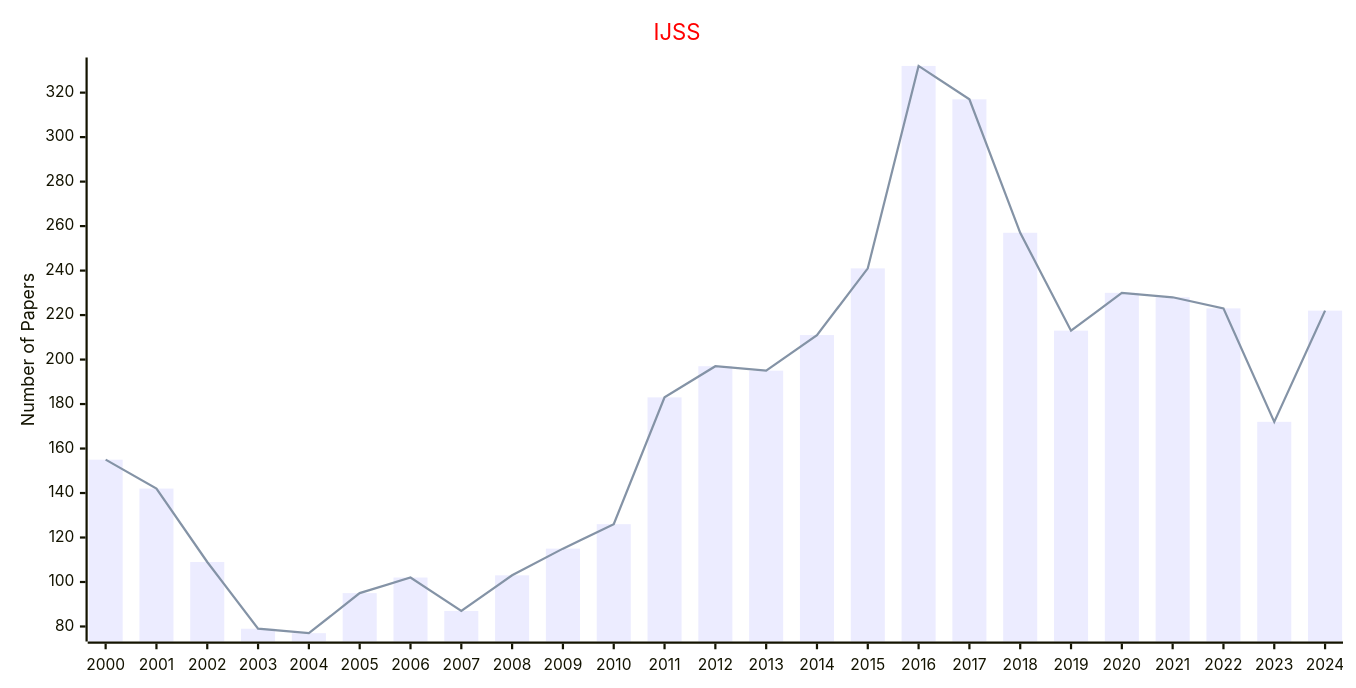
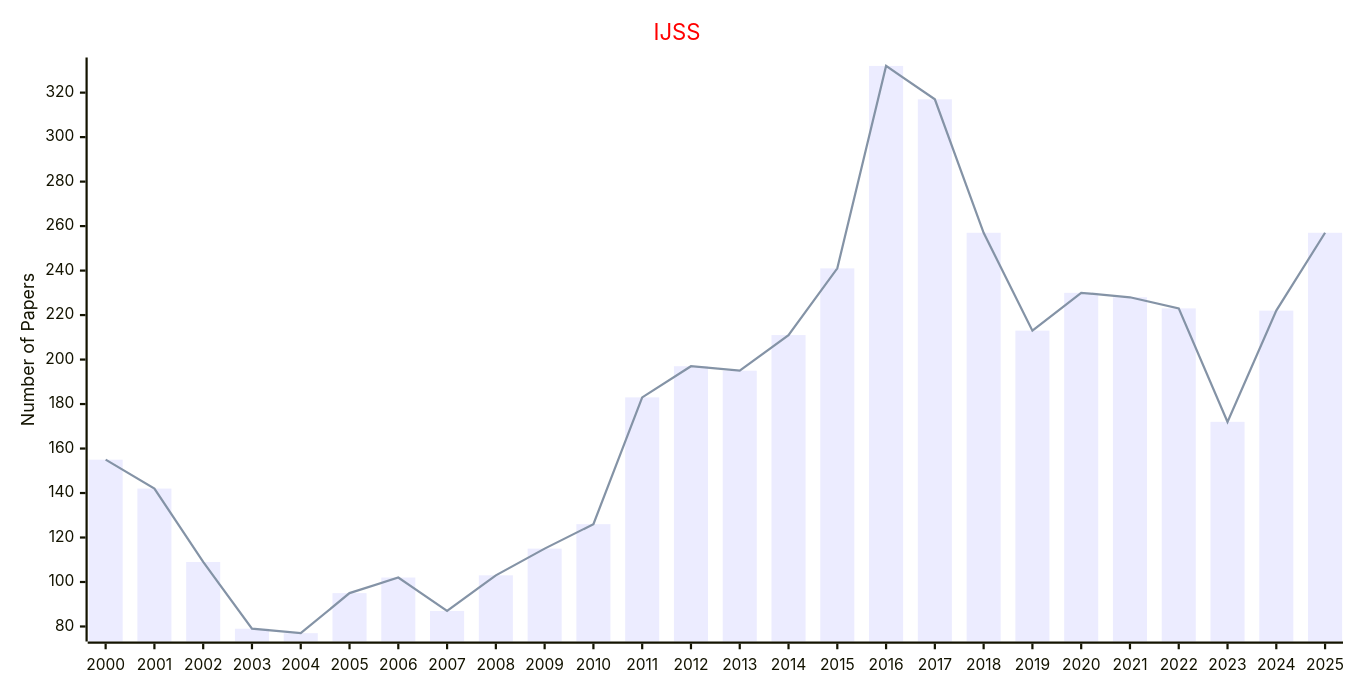
Before and after one commit to Easy-PhD/AILinks: the eighth of 10 diagrams in docs/data/Journals/Statistics_Journals/Intelligent_Systems.md, drawn with Mermaid. The commit also changed other lines of this file and 93 other files, not shown here.

````diff
--- a/docs/data/Journals/Statistics_Journals/Intelligent_Systems.md
+++ b/docs/data/Journals/Statistics_Journals/Intelligent_Systems.md
@@ -177,17 +177,17 @@
 ```mermaid
 ---
 config:
     xyChart:
         width: 1200
         height: 600
     themeVariables:
         xyChart:
             titleColor: "#ff0000"
 ---
 xychart-beta
     title "IJSS"
-    x-axis [2000, 2001, 2002, 2003, 2004, 2005, 2006, 2007, 2008, 2009, 2010, 2011, 2012, 2013, 2014, 2015, 2016, 2017, 2018, 2019, 2020, 2021, 2022, 2023, 2024]
+    x-axis [2000, 2001, 2002, 2003, 2004, 2005, 2006, 2007, 2008, 2009, 2010, 2011, 2012, 2013, 2014, 2015, 2016, 2017, 2018, 2019, 2020, 2021, 2022, 2023, 2024, 2025]
     y-axis "Number of Papers"
-    bar [155, 142, 109, 79, 77, 95, 102, 87, 103, 115, 126, 183, 197, 195, 211, 241, 332, 317, 257, 213, 230, 228, 223, 172, 222]
-    line [155, 142, 109, 79, 77, 95, 102, 87, 103, 115, 126, 183, 197, 195, 211, 241, 332, 317, 257, 213, 230, 228, 223, 172, 222]
+    bar [155, 142, 109, 79, 77, 95, 102, 87, 103, 115, 126, 183, 197, 195, 211, 241, 332, 317, 257, 213, 230, 228, 223, 172, 222, 257]
+    line [155, 142, 109, 79, 77, 95, 102, 87, 103, 115, 126, 183, 197, 195, 211, 241, 332, 317, 257, 213, 230, 228, 223, 172, 222, 257]
 ```
````
